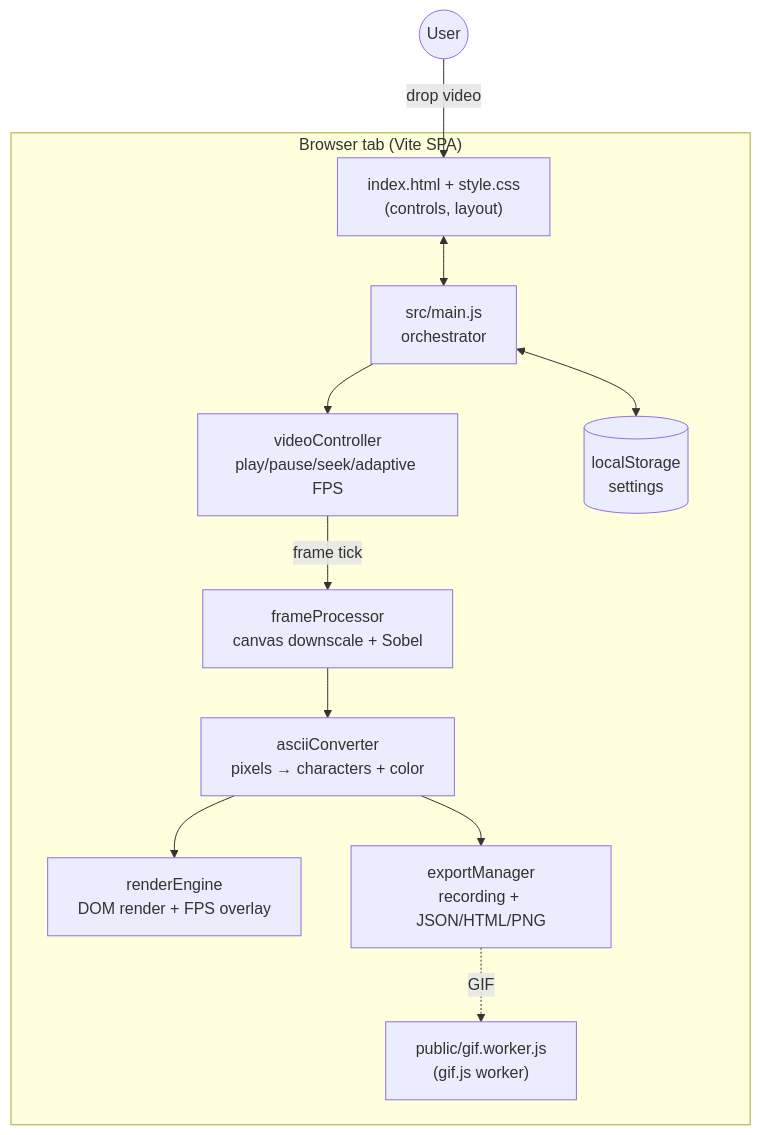
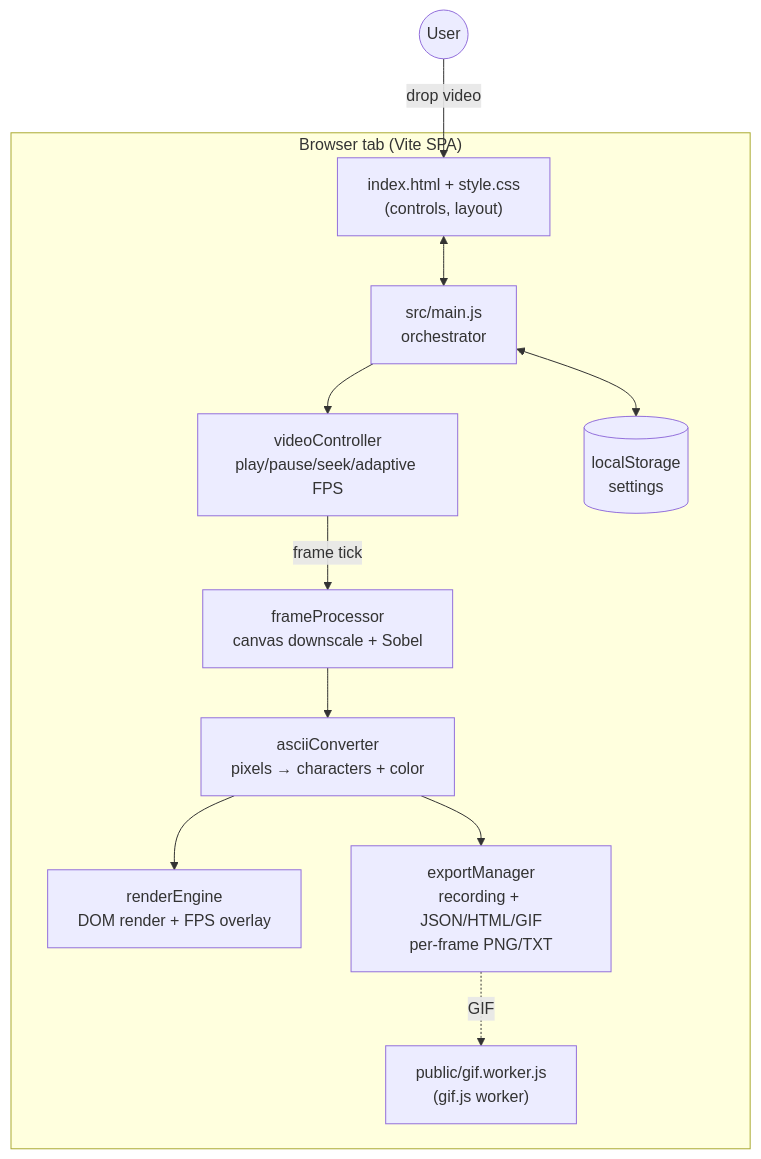
Before and after one commit to Technical-1/All-About-Me: the diagram in public/data/portfolio/Video-To-Ascii/architecture.md, drawn with Mermaid. The commit also changed other lines of this file and 54 other files, not shown here.

````diff
--- a/public/data/portfolio/Video-To-Ascii/architecture.md
+++ b/public/data/portfolio/Video-To-Ascii/architecture.md
@@ -9,24 +9,24 @@
 ```mermaid
 flowchart TD
     subgraph Browser["Browser tab (Vite SPA)"]
         UI["index.html + style.css<br/>(controls, layout)"]
         Main["src/main.js<br/>orchestrator"]
         VC["videoController<br/>play/pause/seek/adaptive FPS"]
         FP["frameProcessor<br/>canvas downscale + Sobel"]
         AC["asciiConverter<br/>pixels → characters + color"]
         RE["renderEngine<br/>DOM render + FPS overlay"]
-        EM["exportManager<br/>recording + JSON/HTML/PNG"]
+        EM["exportManager<br/>recording + JSON/HTML/GIF<br/>per-frame PNG/TXT"]
         GW["public/gif.worker.js<br/>(gif.js worker)"]
         LS[("localStorage<br/>settings")]
     end
 
     User((User)) -->|drop video| UI
     UI <--> Main
     Main --> VC
     VC -->|frame tick| FP
     FP --> AC
     AC --> RE
     AC --> EM
     EM -.GIF.-> GW
     Main <--> LS
 ```
````
